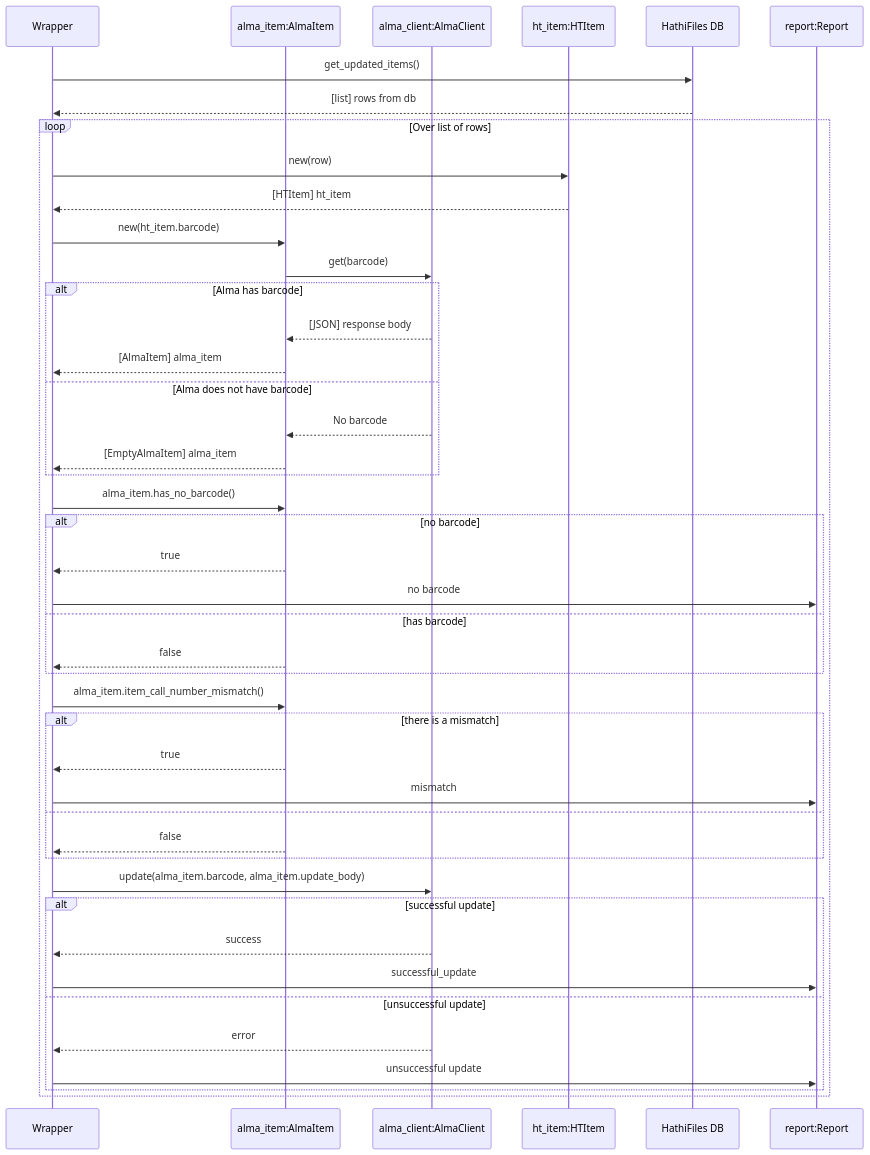
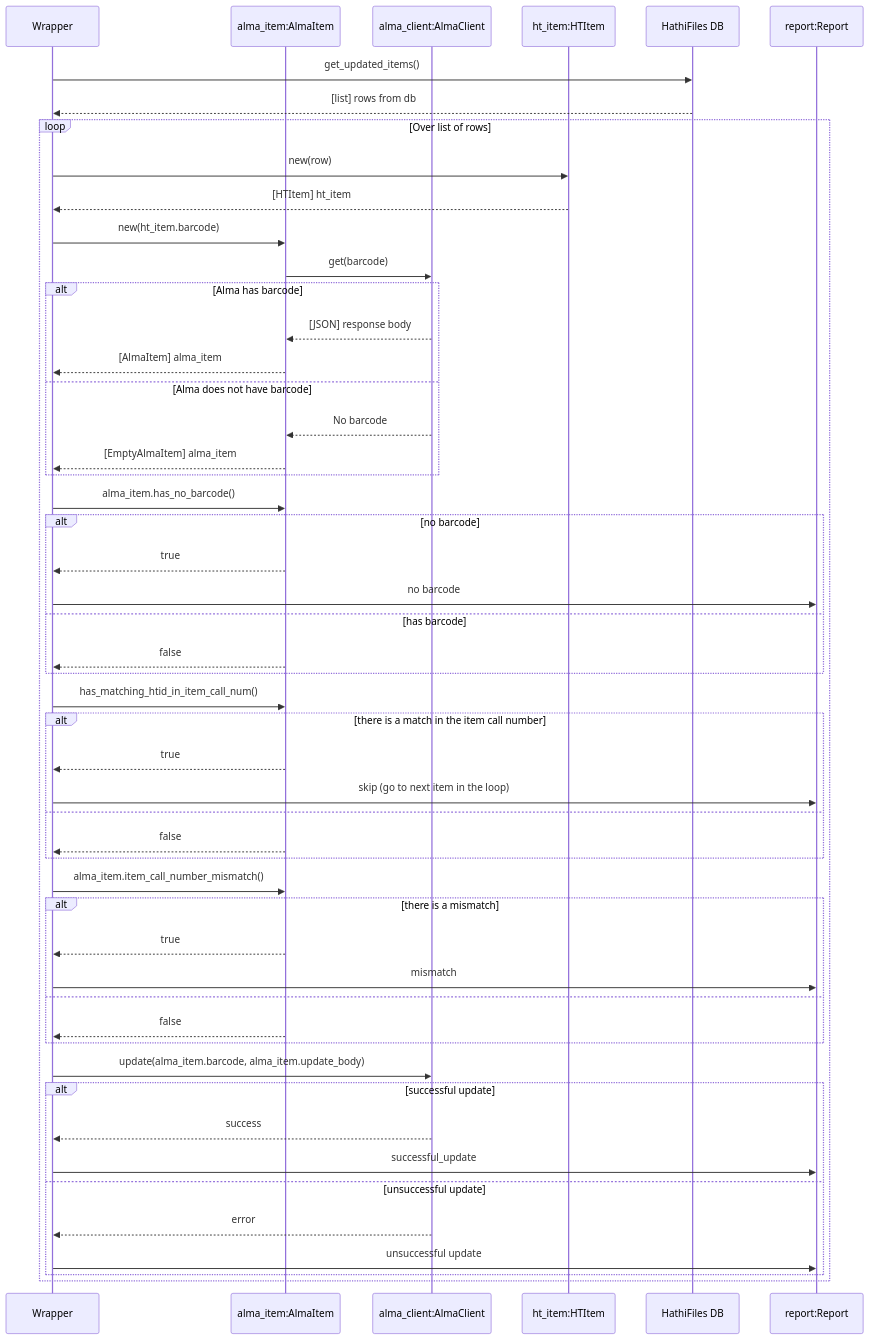
The second of 2 diagrams in docs/uml_update_ingested_items.md (mlibrary/aim-py), drawn with Mermaid before and after one commit.

````diff
--- a/docs/uml_update_ingested_items.md
+++ b/docs/uml_update_ingested_items.md
@@ -51,48 +51,55 @@
 ```mermaid
 sequenceDiagram
     Participant W as Wrapper
     Participant AlmaItem as alma_item:AlmaItem
     Participant AlmaClient as alma_client:AlmaClient
     Participant HTItem as ht_item:HTItem
     Participant HF as HathiFiles DB
     Participant Report as report:Report
 
     W->>HF: get_updated_items()
     HF-->>W: [list] rows from db
     loop Over list of rows
         W->>HTItem: new(row)
         HTItem-->>W: [HTItem] ht_item 
 
         W->>AlmaItem: new(ht_item.barcode)
         AlmaItem->>AlmaClient: get(barcode)
         alt Alma has barcode
             AlmaClient-->>AlmaItem: [JSON] response body
             AlmaItem-->>W: [AlmaItem] alma_item
         else Alma does not have barcode
              AlmaClient-->>AlmaItem: No barcode
              AlmaItem-->>W: [EmptyAlmaItem] alma_item
         end
         W->>AlmaItem: alma_item.has_no_barcode()
         alt no barcode
             AlmaItem-->>W: true
             W->>Report: no barcode
         else has barcode
             AlmaItem-->>W: false
         end
+        W->>AlmaItem: has_matching_htid_in_item_call_num()
+        alt there is a match in the item call number
+            AlmaItem-->>W: true
+            W->>Report: skip (go to next item in the loop)
+        else
+            AlmaItem-->>W: false
+        end
         W->>AlmaItem: alma_item.item_call_number_mismatch()
         alt there is a mismatch 
             AlmaItem-->>W: true
             W->>Report: mismatch
         else
             AlmaItem-->>W: false
         end
         W->>AlmaClient: update(alma_item.barcode, alma_item.update_body)
         alt successful update
             AlmaClient-->>W: success
             W->>Report: successful_update
         else unsuccessful update
             AlmaClient-->>W: error
             W->>Report: unsuccessful update
         end
     end
 ```
````
